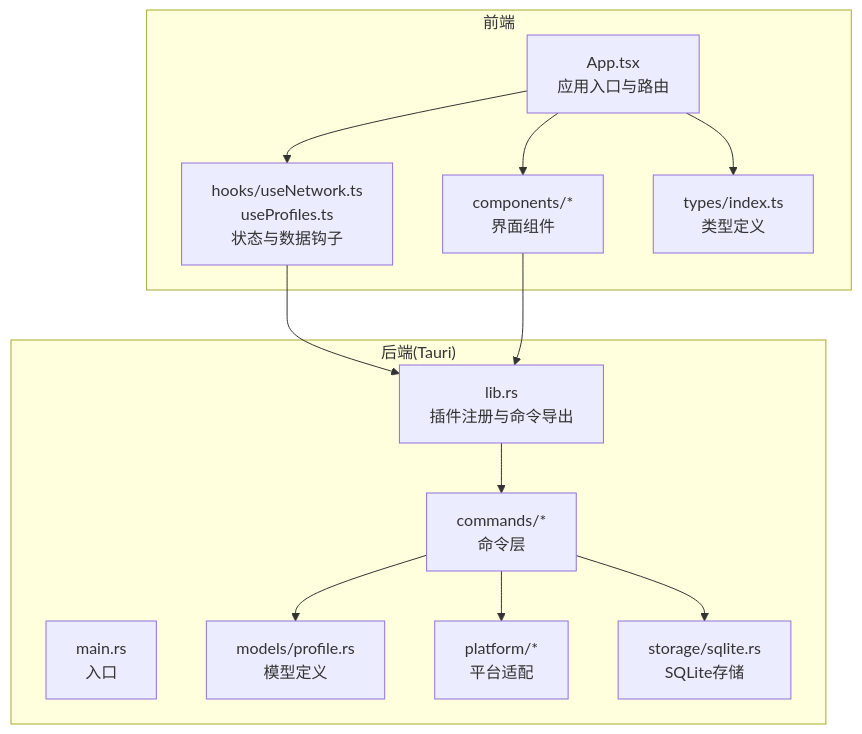
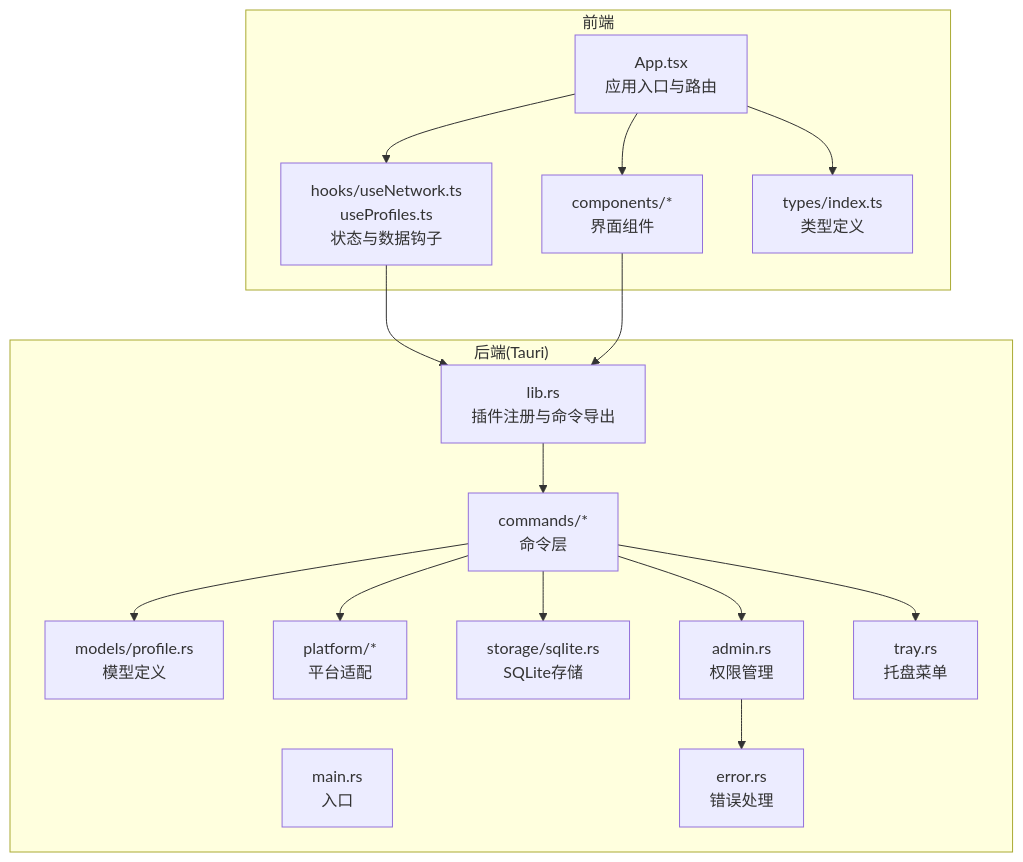
Before and after one commit to xdongliang/IPSwitcher: the first of 11 diagrams in .qoder/repowiki/zh/content/网络配置功能/网络配置功能.md, drawn with Mermaid. The commit also changed other lines of this file and 22 other files, not shown here.

````diff
--- a/.qoder/repowiki/zh/content/网络配置功能/网络配置功能.md
+++ b/.qoder/repowiki/zh/content/网络配置功能/网络配置功能.md
@@ -45,26 +58,32 @@
 ```mermaid
 graph TB
 subgraph "前端"
 FE_App["App.tsx<br/>应用入口与路由"]
 FE_Hooks["hooks/useNetwork.ts<br/>useProfiles.ts<br/>状态与数据钩子"]
 FE_Components["components/*<br/>界面组件"]
 FE_Types["types/index.ts<br/>类型定义"]
 end
 subgraph "后端(Tauri)"
 BE_Lib["lib.rs<br/>插件注册与命令导出"]
 BE_Main["main.rs<br/>入口"]
 BE_Commands["commands/*<br/>命令层"]
 BE_Models["models/profile.rs<br/>模型定义"]
 BE_Platform["platform/*<br/>平台适配"]
 BE_Storage["storage/sqlite.rs<br/>SQLite存储"]
+BE_Admin["admin.rs<br/>权限管理"]
+BE_Error["error.rs<br/>错误处理"]
+BE_Trayer["tray.rs<br/>托盘菜单"]
 end
 FE_App --> FE_Hooks
 FE_App --> FE_Components
 FE_App --> FE_Types
 FE_Hooks --> BE_Lib
 FE_Components --> BE_Lib
 BE_Lib --> BE_Commands
 BE_Commands --> BE_Models
 BE_Commands --> BE_Storage
 BE_Commands --> BE_Platform
+BE_Commands --> BE_Admin
+BE_Admin --> BE_Error
+BE_Commands --> BE_Trayer
 ```
````
